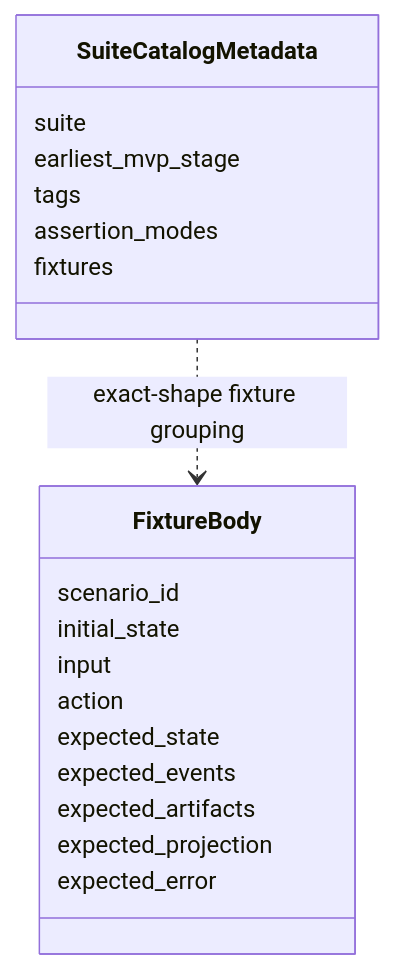
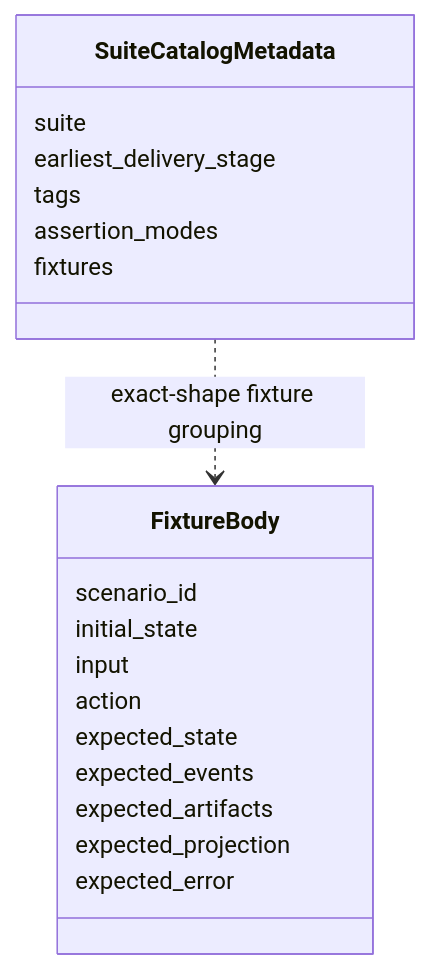
Before and after one commit to minjungw00/Harness_Project: diagram 12 of 14 in docs/ko/reference/operations-and-conformance.md, drawn with Mermaid. The commit also changed other lines of this file and 19 other files, not shown here.

````diff
--- a/docs/ko/reference/operations-and-conformance.md
+++ b/docs/ko/reference/operations-and-conformance.md
@@ -733,22 +731,22 @@
 ```mermaid
 classDiagram
   class FixtureBody {
     scenario_id
     initial_state
     input
     action
     expected_state
     expected_events
     expected_artifacts
     expected_projection
     expected_error
   }
   class SuiteCatalogMetadata {
     suite
-    earliest_mvp_stage
+    earliest_delivery_stage
     tags
     assertion_modes
     fixtures
   }
   SuiteCatalogMetadata ..> FixtureBody : exact-shape fixture grouping
 ```
````
